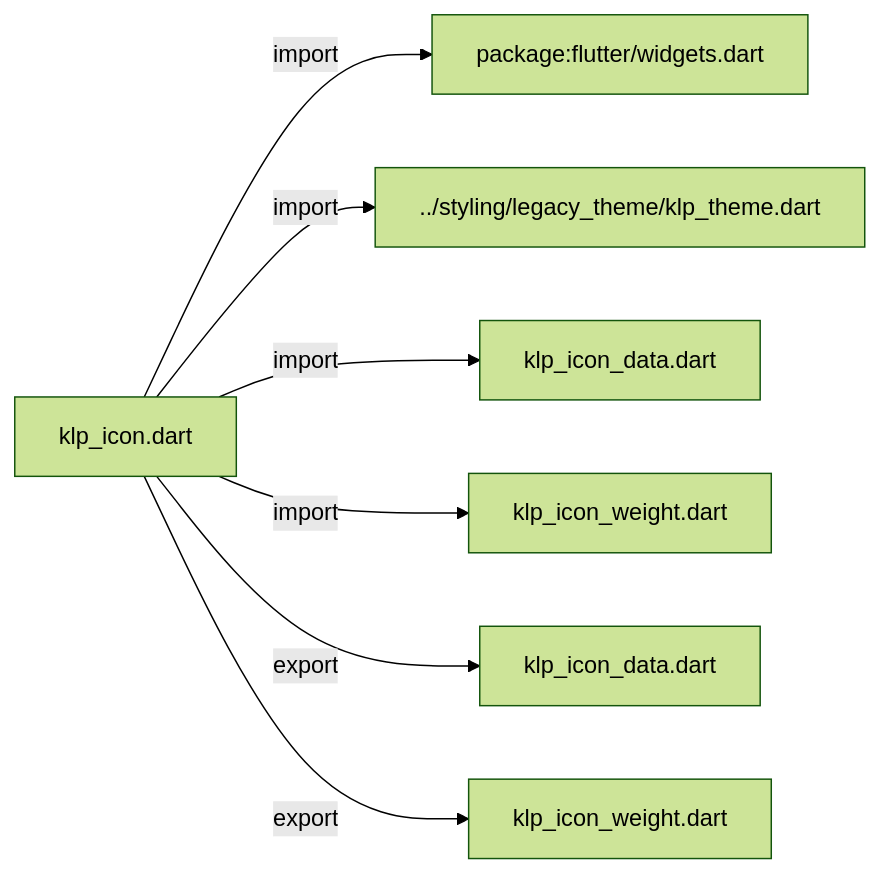
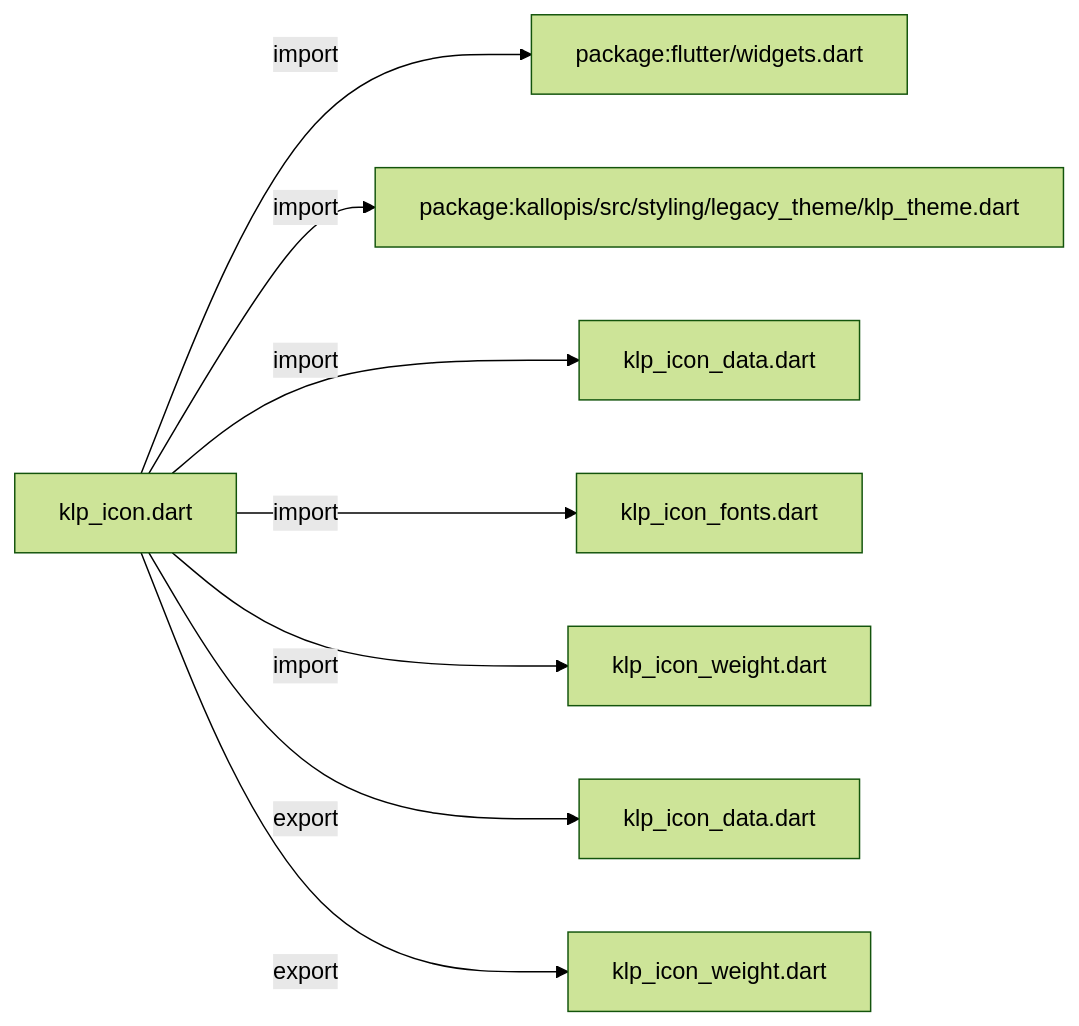
The first of 3 diagrams in docs/architecture/src/foundation/klp_icon.md (MiuDog/Kallopis), drawn with Mermaid (forest theme) before and after one commit. The commit also changed other lines of this file and 9688 other files, not shown here.

Commit message:
Prepare isolated Flow F2 peer baseline

````diff
--- a/docs/architecture/src/foundation/klp_icon.md
+++ b/docs/architecture/src/foundation/klp_icon.md
@@ -11,16 +11,18 @@
 ```mermaid
 flowchart LR
 	n0["klp_icon.dart"]
 	n1["package:flutter/widgets.dart"]
-	n2["../styling/legacy_theme/klp_theme.dart"]
+	n2["package:kallopis/src/styling/legacy_theme/klp_theme.dart"]
 	n3["klp_icon_data.dart"]
-	n4["klp_icon_weight.dart"]
-	n5["klp_icon_data.dart"]
-	n6["klp_icon_weight.dart"]
+	n4["klp_icon_fonts.dart"]
+	n5["klp_icon_weight.dart"]
+	n6["klp_icon_data.dart"]
+	n7["klp_icon_weight.dart"]
 	n0 -->|"import"| n1
 	n0 -->|"import"| n2
 	n0 -->|"import"| n3
 	n0 -->|"import"| n4
-	n0 -->|"export"| n5
+	n0 -->|"import"| n5
 	n0 -->|"export"| n6
+	n0 -->|"export"| n7
 ```
````
